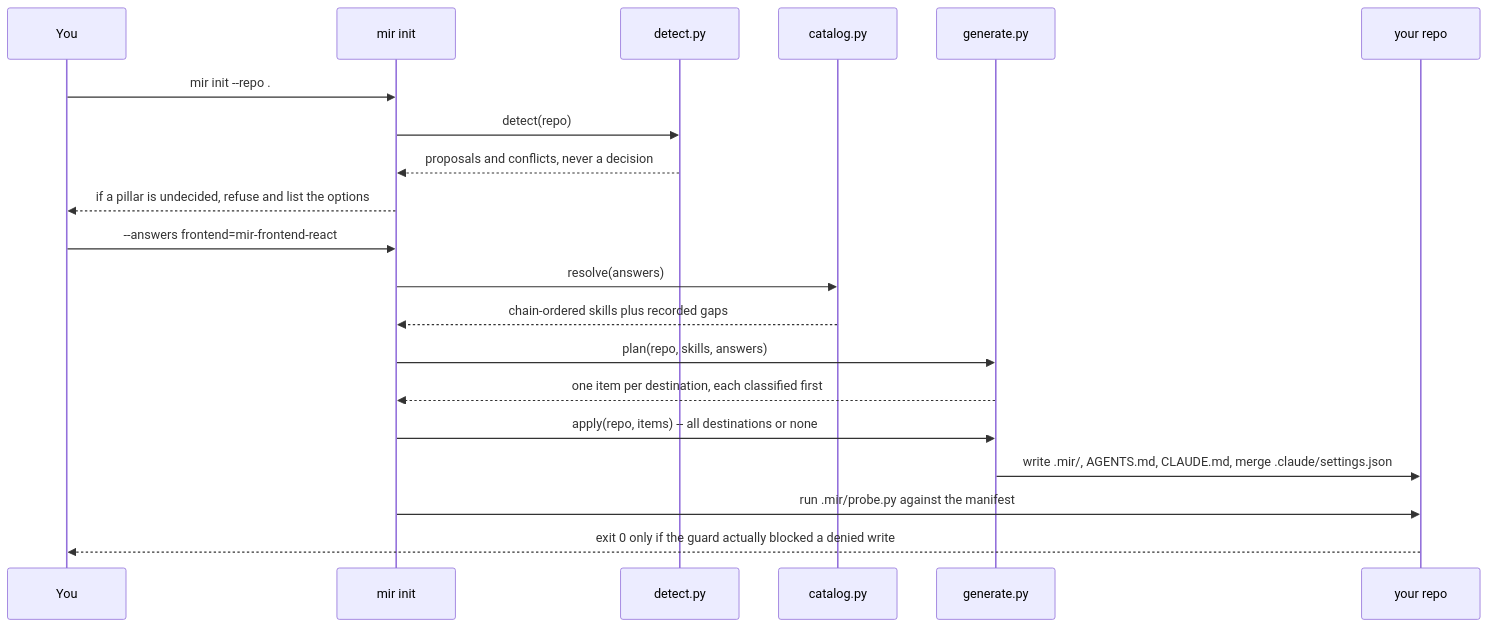
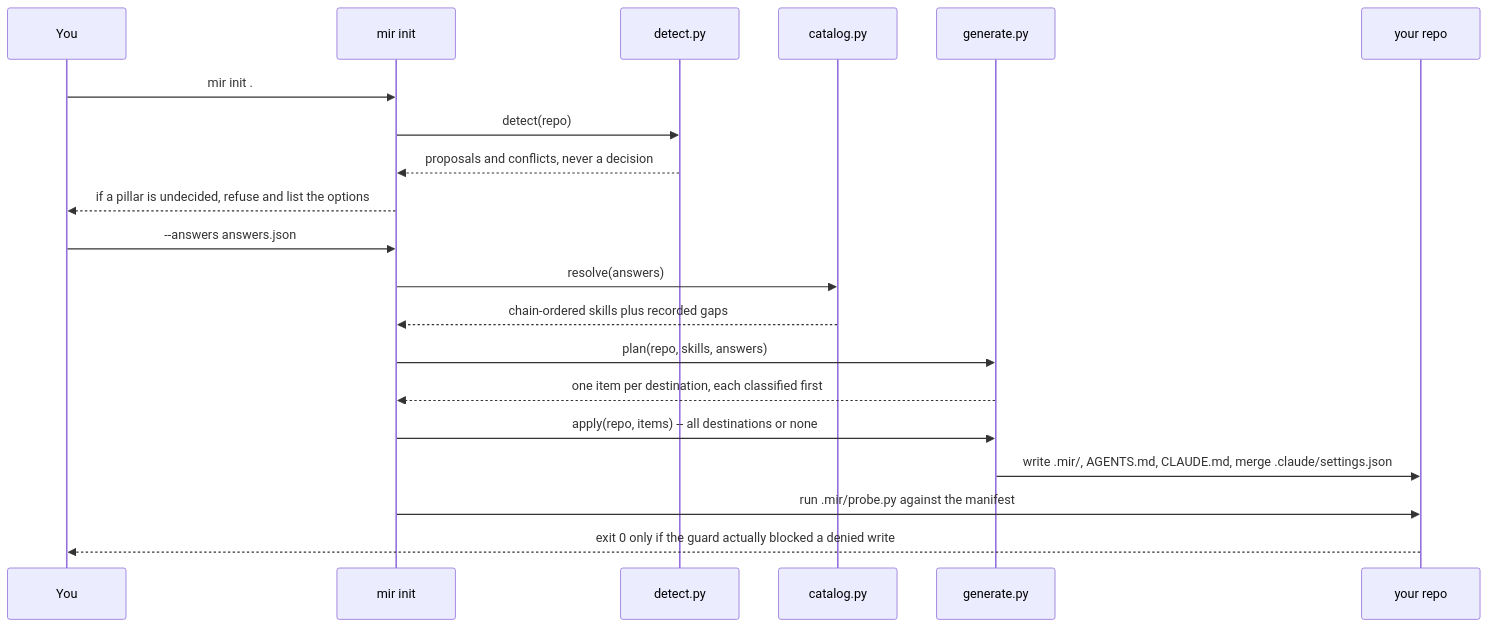
Before and after one commit to anantbhandarkar/make-it-right: the fifth of 6 diagrams in README.md, drawn with Mermaid. The commit also changed other lines of this file and 1 other file, not shown here.

Commit message:
docs: simplify README and correct init diagram commands

````diff
--- a/README.md
+++ b/README.md
@@ -355,24 +345,24 @@
 ```mermaid
 sequenceDiagram
     accTitle: What mir init actually does
     accDescr: Sequence of a mir init run -- you invoke the CLI, it detects the stack and refuses to guess, you supply answers, catalog resolves the skill chain, generate plans and then writes every destination or none, and the probe verifies the guard blocks
     participant u as You
     participant cli as mir init
     participant det as detect.py
     participant cat as catalog.py
     participant gen as generate.py
     participant repo as your repo
-    u->>cli: mir init --repo .
+    u->>cli: mir init .
     cli->>det: detect(repo)
     det-->>cli: proposals and conflicts, never a decision
     cli-->>u: if a pillar is undecided, refuse and list the options
-    u->>cli: --answers frontend=mir-frontend-react
+    u->>cli: --answers answers.json
     cli->>cat: resolve(answers)
     cat-->>cli: chain-ordered skills plus recorded gaps
     cli->>gen: plan(repo, skills, answers)
     gen-->>cli: one item per destination, each classified first
     cli->>gen: apply(repo, items) -- all destinations or none
     gen->>repo: write .mir/, AGENTS.md, CLAUDE.md, merge .claude/settings.json
     cli->>repo: run .mir/probe.py against the manifest
     repo-->>u: exit 0 only if the guard actually blocked a denied write
 ```
````
